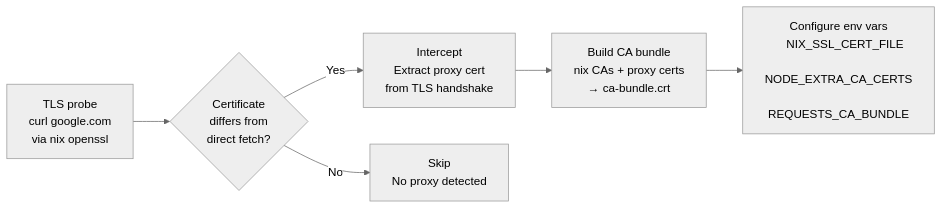
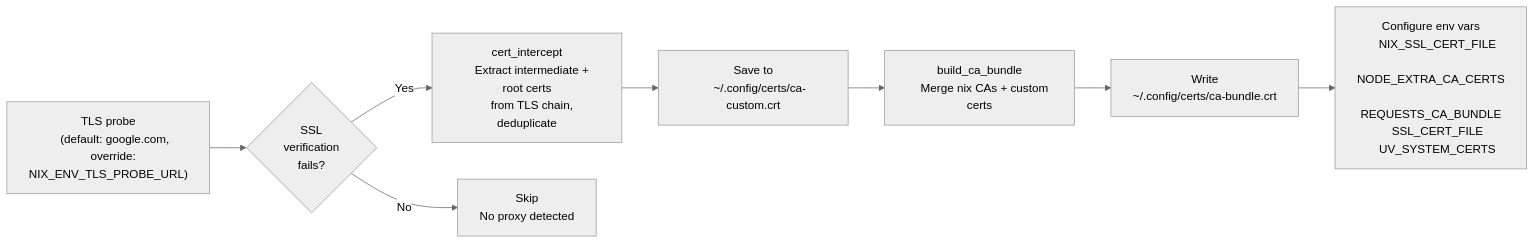
The fifth of 6 diagrams in docs/architecture.md (szymonos/envy-nx), drawn with Mermaid (neutral theme) before and after one commit. The commit also changed other lines of this file, not shown here.

First line of the commit message:
docs(architecture): expand user-facing page with daily-use sections

````diff
--- a/docs/architecture.md
+++ b/docs/architecture.md
@@ -150,20 +238,25 @@
 ```mermaid
 flowchart LR
     P["TLS probe
-    curl google.com
-    via nix openssl"] --> D{Certificate
-    differs from
-    direct fetch?}
-    D -->|Yes| I["Intercept
-    Extract proxy cert
-    from TLS handshake"]
+    (default: google.com,
+    override: NIX_ENV_TLS_PROBE_URL)"] --> D{SSL
+    verification
+    fails?}
+    D -->|Yes| I["cert_intercept
+    Extract intermediate + root certs
+    from TLS chain, deduplicate"]
     D -->|No| S["Skip
     No proxy detected"]
-    I --> B["Build CA bundle
-    nix CAs + proxy certs
-    → ca-bundle.crt"]
-    B --> E["Configure env vars
+    I --> SAVE["Save to
+    ~/.config/certs/ca-custom.crt"]
+    SAVE --> B["build_ca_bundle
+    Merge nix CAs + custom certs"]
+    B --> FILE["Write
+    ~/.config/certs/ca-bundle.crt"]
+    FILE --> E["Configure env vars
     NIX_SSL_CERT_FILE
     NODE_EXTRA_CA_CERTS
-    REQUESTS_CA_BUNDLE"]
+    REQUESTS_CA_BUNDLE
+    SSL_CERT_FILE
+    UV_SYSTEM_CERTS"]
 ```
````
